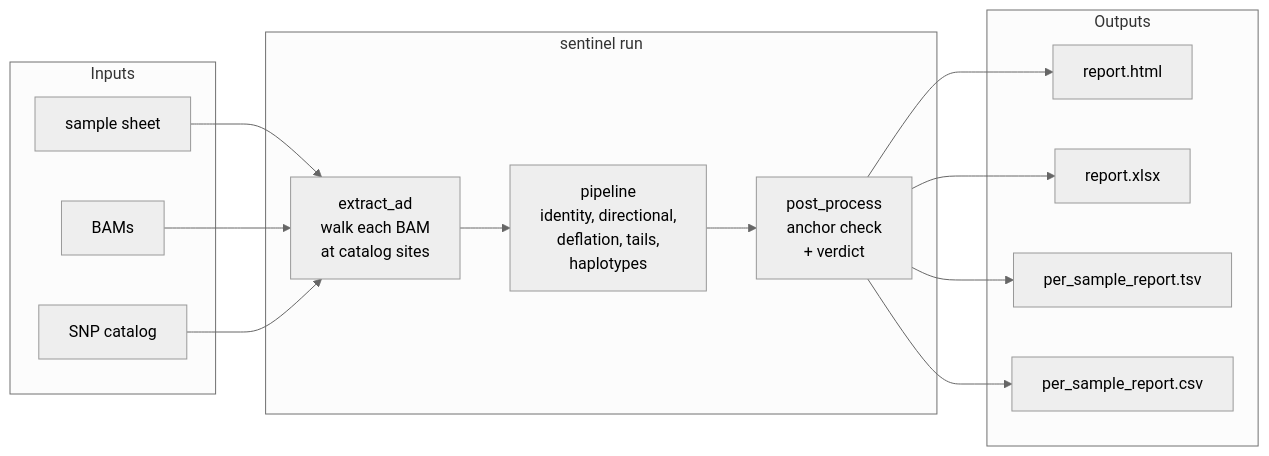
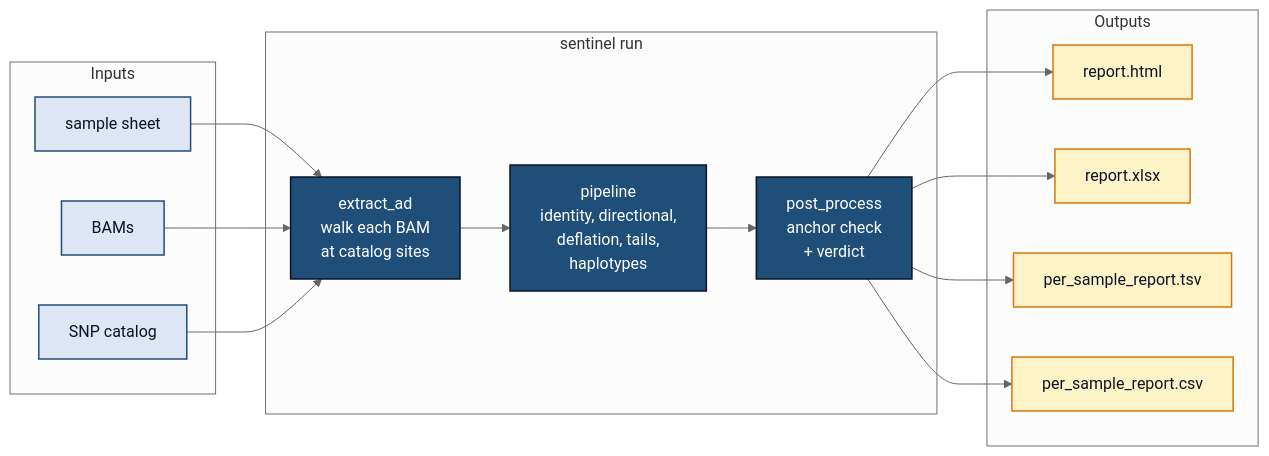
One commit to Trethewey/Sentinel changed the diagram in README.md. Above: the diagram before and after it, drawn with Mermaid (neutral theme). The commit also changed other lines of this file, not shown here.

Commit message:
Initial release

````diff
--- a/README.md
+++ b/README.md
@@ -216,28 +22,34 @@
 ```mermaid
 flowchart LR
     subgraph Inputs
         SS[sample sheet]
         BAM[BAMs]
         CAT[SNP catalog]
     end
     subgraph sentinel_run [sentinel run]
         EX[extract_ad<br/>walk each BAM<br/>at catalog sites]
         SC[pipeline<br/>identity, directional,<br/>deflation, tails,<br/>haplotypes]
         PP[post_process<br/>anchor check<br/>+ verdict]
     end
     subgraph Outputs
         H[report.html]
         X[report.xlsx]
         TSV[per_sample_report.tsv]
         CSV[per_sample_report.csv]
     end
     SS --> EX
     BAM --> EX
     CAT --> EX
     EX --> SC
     SC --> PP
     PP --> H
     PP --> X
     PP --> TSV
     PP --> CSV
+    classDef input fill:#dde6f2,stroke:#1f4e79,stroke-width:1.5px,color:#0a1426
+    classDef stage fill:#1f4e79,stroke:#0a1426,stroke-width:1.5px,color:#ffffff
+    classDef output fill:#fef3c7,stroke:#d97706,stroke-width:1.5px,color:#0a1426
+    class SS,BAM,CAT input
+    class EX,SC,PP stage
+    class H,X,TSV,CSV output
 ```
````
